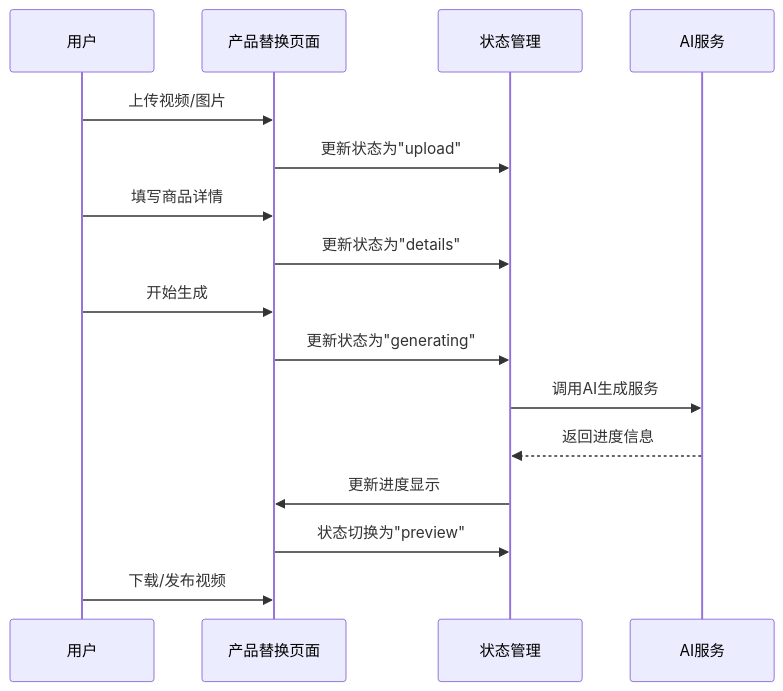
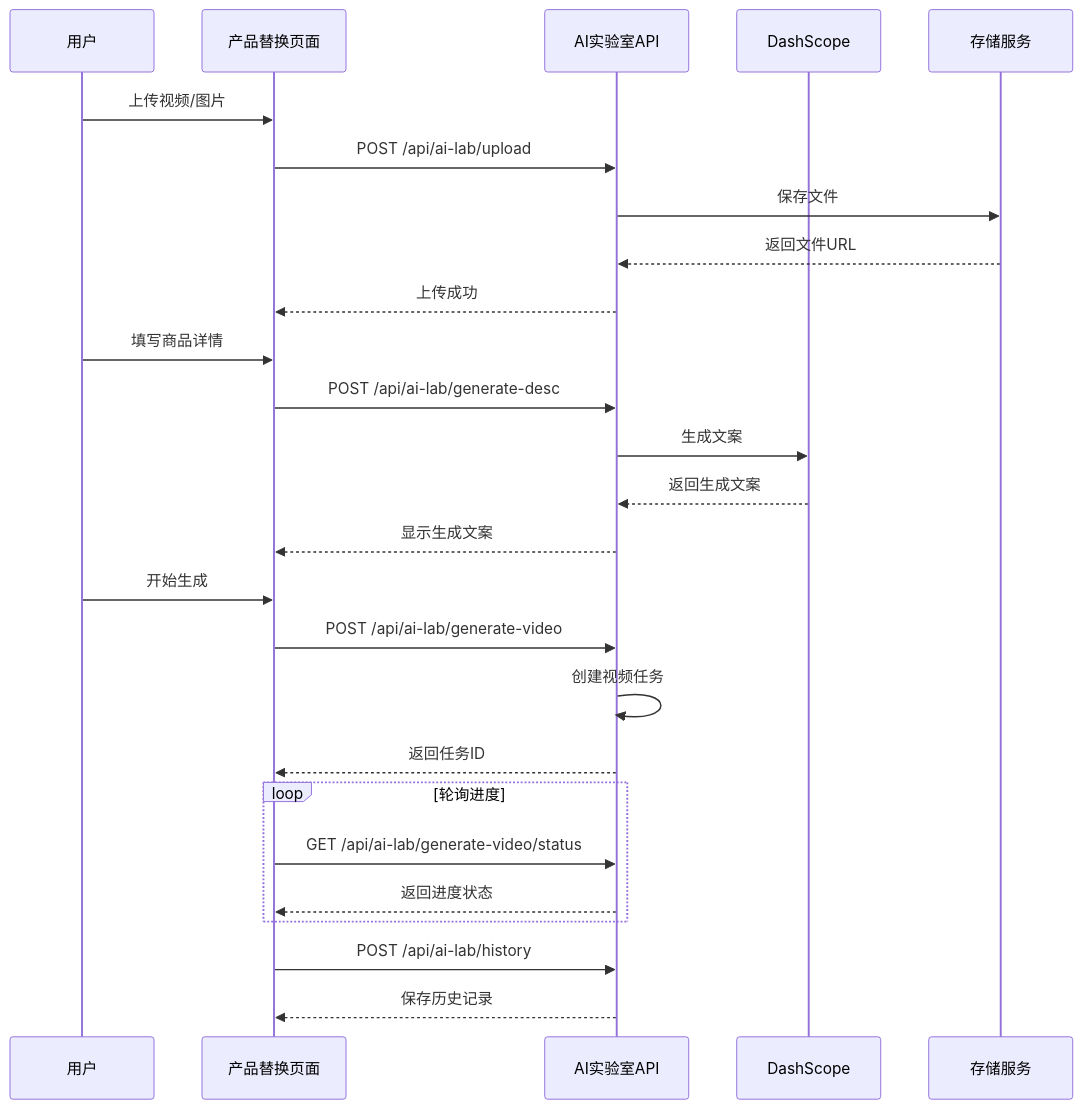
Before and after one commit to zuozuoliu740-cmd/xianxiong-news: the third of 12 diagrams in .qoder/repowiki/zh/content/核心功能模块/AI实验室模块.md, drawn with Mermaid. The commit also changed other lines of this file and 6 other files, not shown here.

````diff
--- a/.qoder/repowiki/zh/content/核心功能模块/AI实验室模块.md
+++ b/.qoder/repowiki/zh/content/核心功能模块/AI实验室模块.md
@@ -131,18 +159,28 @@
 ```mermaid
 sequenceDiagram
 participant U as 用户
 participant P as 产品替换页面
-participant S as 状态管理
-participant API as AI服务
+participant API as AI实验室API
+participant DS as DashScope
+participant ST as 存储服务
 U->>P : 上传视频/图片
-P->>S : 更新状态为"upload"
+P->>API : POST /api/ai-lab/upload
+API->>ST : 保存文件
+ST-->>API : 返回文件URL
+API-->>P : 上传成功
 U->>P : 填写商品详情
-P->>S : 更新状态为"details"
+P->>API : POST /api/ai-lab/generate-desc
+API->>DS : 生成文案
+DS-->>API : 返回生成文案
+API-->>P : 显示生成文案
 U->>P : 开始生成
-P->>S : 更新状态为"generating"
-S->>API : 调用AI生成服务
-API-->>S : 返回进度信息
-S->>P : 更新进度显示
-P->>S : 状态切换为"preview"
-U->>P : 下载/发布视频
+P->>API : POST /api/ai-lab/generate-video
+API->>API : 创建视频任务
+API-->>P : 返回任务ID
+loop 轮询进度
+P->>API : GET /api/ai-lab/generate-video/status
+API-->>P : 返回进度状态
+end
+P->>API : POST /api/ai-lab/history
+API-->>P : 保存历史记录
 ```
````
